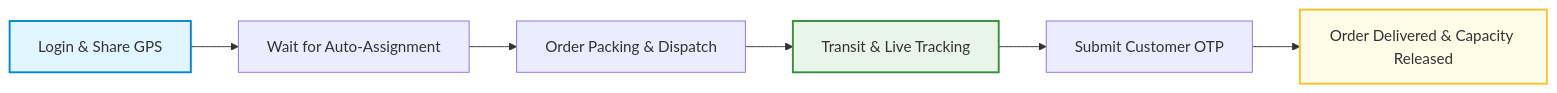
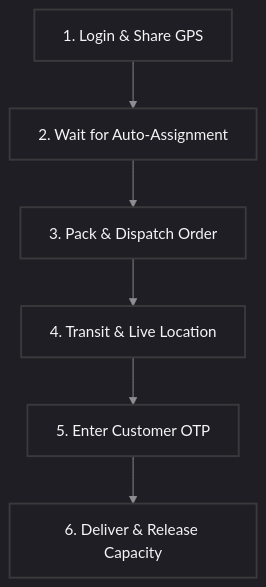
One commit to Deekshith06/Relay-Market-Network changed the second of 3 diagrams in README.md. Above: the diagram before and after it, drawn with Mermaid. The commit also changed other lines of this file, not shown here.

Commit message:
docs: convert workflows to vertical layouts and apply custom dark theme styles

````diff
--- a/README.md
+++ b/README.md
@@ -112,12 +112,12 @@
 ```mermaid
-graph LR
-    H[Login & Share GPS] --> I[Wait for Auto-Assignment]
-    I --> J[Order Packing & Dispatch]
-    J --> K[Transit & Live Tracking]
-    K --> L[Submit Customer OTP]
-    L --> M[Order Delivered & Capacity Released]
+%%{init: {'theme': 'dark', 'themeVariables': { 'background': '#0f0f11', 'primaryColor': '#1e1e24', 'primaryTextColor': '#f5f5f7', 'lineColor': '#8e8e93' }}}%%
+graph TD
+    H[1. Login & Share GPS] --> I[2. Wait for Auto-Assignment]
+    I --> J[3. Pack & Dispatch Order]
+    J --> K[4. Transit & Live Location]
+    K --> L[5. Enter Customer OTP]
+    L --> M[6. Deliver & Release Capacity]
 
-    style H fill:#e1f5fe,stroke:#0288d1,stroke-width:2px;
-    style K fill:#e8f5e9,stroke:#388e3c,stroke-width:2px;
-    style M fill:#fffde7,stroke:#fbc02d,stroke-width:2px;
+    classDef darkNode fill:#1e1e24,stroke:#3a3a3c,stroke-width:2px,color:#f5f5f7;
+    class H,I,J,K,L,M darkNode;
 ```
````
